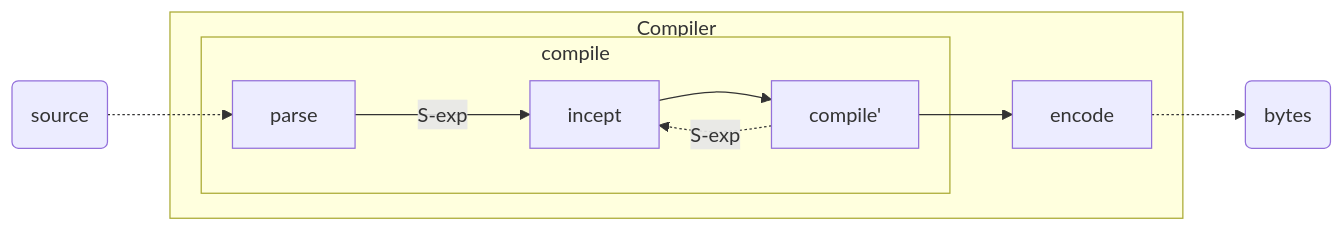
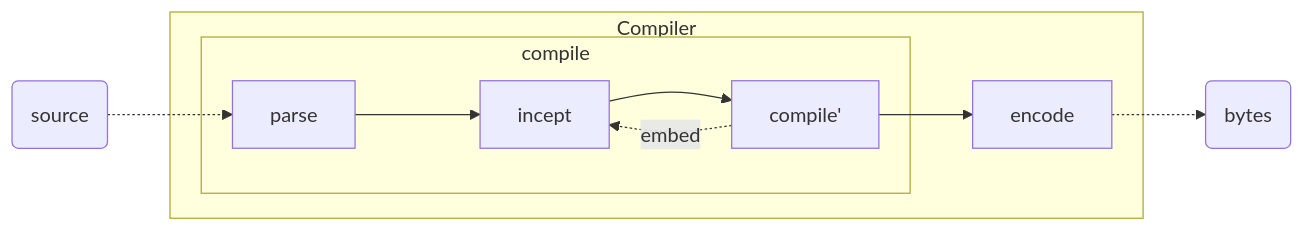
The diagram in slides/papers/stak-scheme/eval.mmd (raviqqe/doc), drawn with Mermaid before and after one commit.

```diff
--- a/slides/papers/stak-scheme/eval.mmd
+++ b/slides/papers/stak-scheme/eval.mmd
@@ -1,14 +1,14 @@
 flowchart LR
   d0(source) -.-> c1
 
   subgraph s0[Compiler]
     subgraph s1[compile]
-      c1[parse] --->|S-exp| c2[incept]:::red --> c3[compile']:::blue
+      c1[parse] ---> c2[incept]:::red --> c3[compile']:::blue
 
-      c3 -.->|S-exp| c2
+      c3 -.->|embed| c2
     end
 
     c3 --> c4[encode]
   end
 
   c4 -.-> d1(bytes)
```
